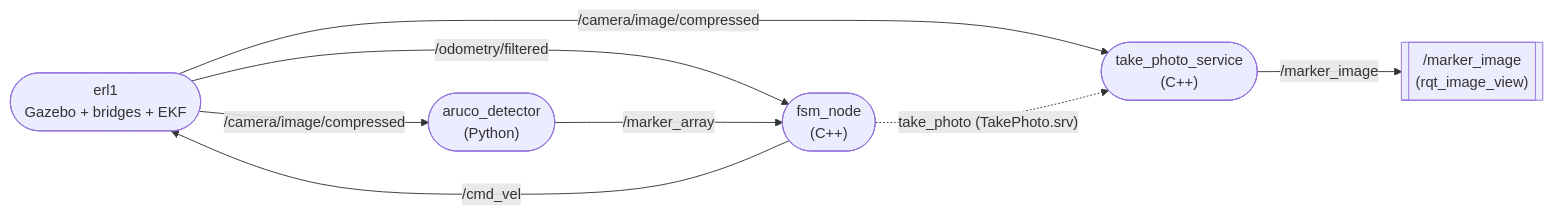
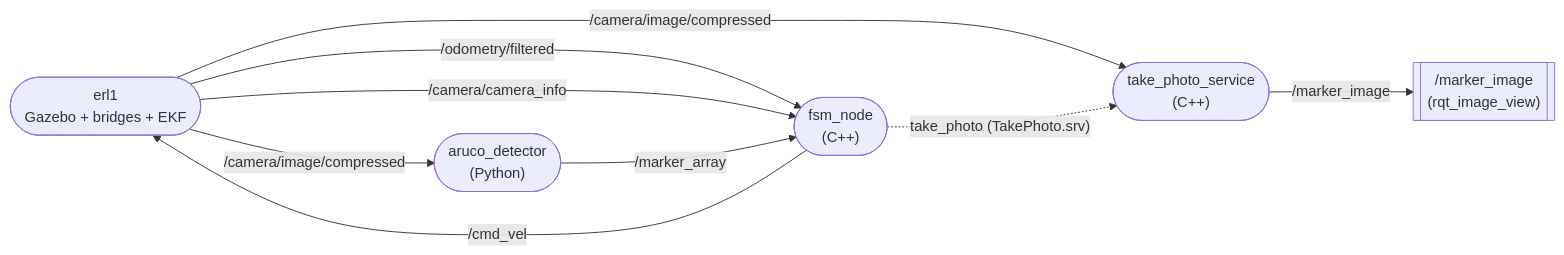
One commit to Jamaxo03/ER_Assignment1 changed the diagram in README.md. Above: the diagram before and after it, drawn with Mermaid. The commit also changed other lines of this file, not shown here.

````diff
--- a/README.md
+++ b/README.md
@@ -30,15 +32,16 @@
 ```mermaid
 flowchart LR
     erl1(["erl1<br/>Gazebo + bridges + EKF"])
     detector(["aruco_detector<br/>(Python)"])
     fsm(["fsm_node<br/>(C++)"])
     photo(["take_photo_service<br/>(C++)"])
 
     erl1 -- "/camera/image/compressed" --> detector
     erl1 -- "/camera/image/compressed" --> photo
     erl1 -- "/odometry/filtered" --> fsm
+    erl1 -- "/camera/camera_info" --> fsm
     detector -- "/marker_array" --> fsm
     fsm -- "/cmd_vel" --> erl1
     fsm -. "take_photo (TakePhoto.srv)" .-> photo
     photo -- "/marker_image" --> out[["/marker_image<br/>(rqt_image_view)"]]
 ```
````
